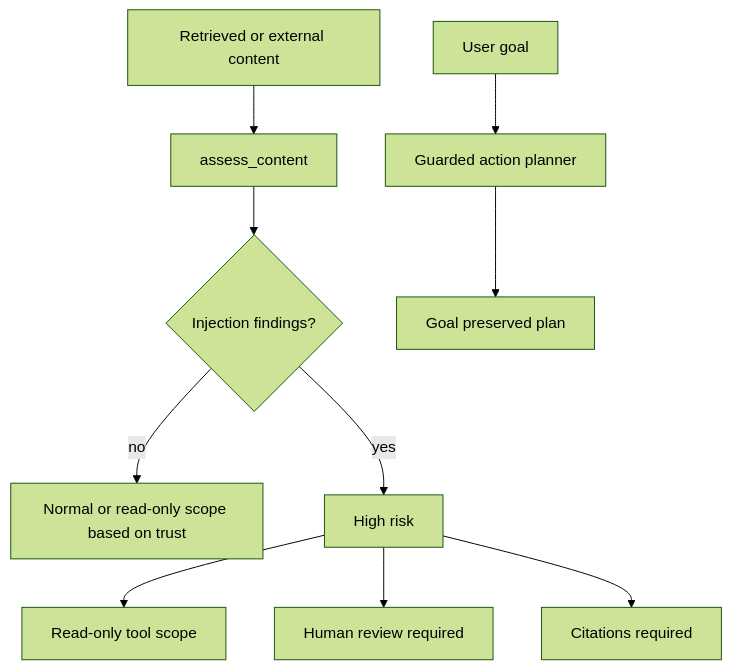
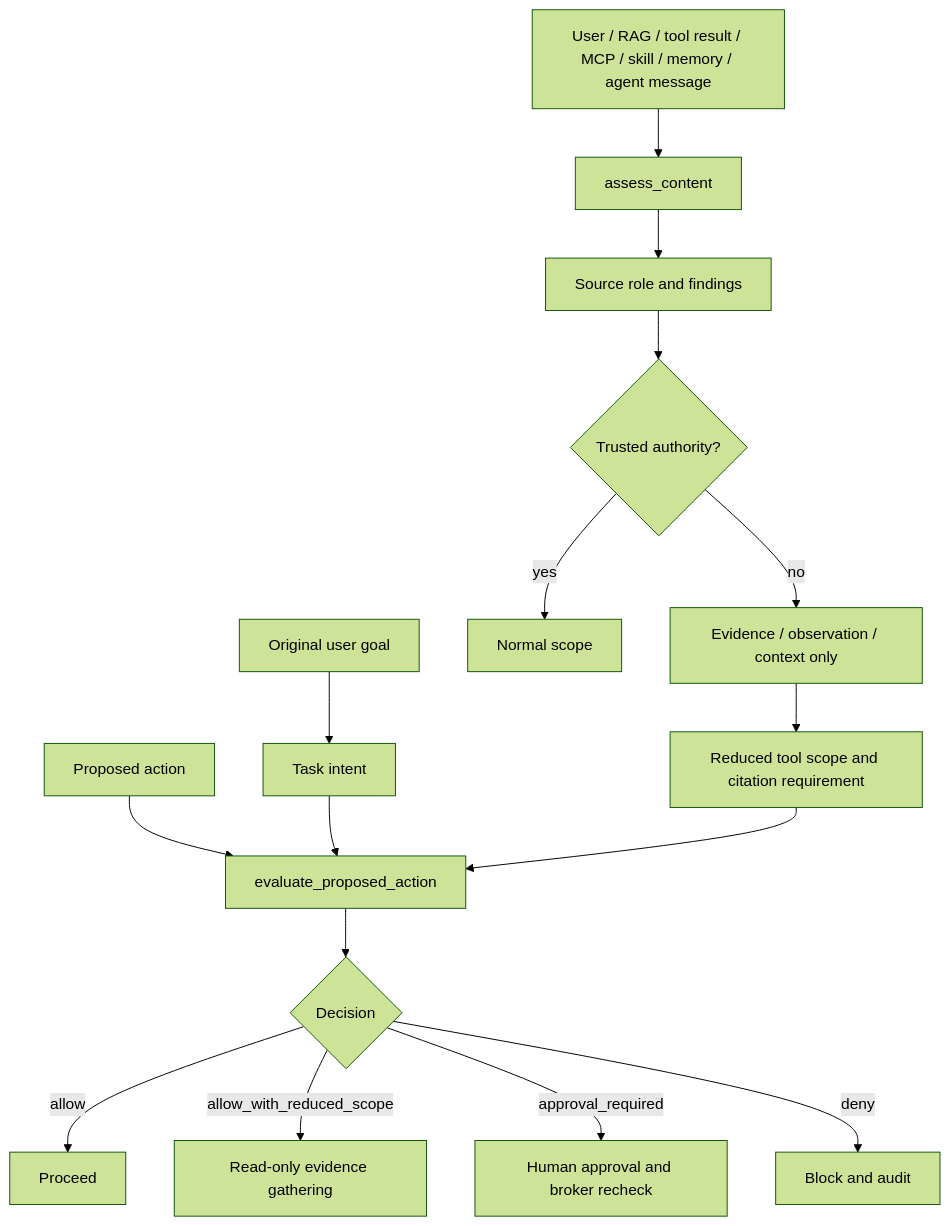
One commit to shashikanth-gs/agent-harness-cookbook changed the diagram in articles/06-prompt-injection-and-goal-hijack.mdx. Above: the diagram before and after it, drawn with Mermaid (forest theme). The commit also changed other lines of this file and 13 other files, not shown here.

Commit message:
Deepen injection containment and tool brokerage

````diff
--- a/articles/06-prompt-injection-and-goal-hijack.mdx
+++ b/articles/06-prompt-injection-and-goal-hijack.mdx
@@ -25,12 +26,18 @@
 ```mermaid
 flowchart TD
-  A[User goal] --> B[Guarded action planner]
-  C[Retrieved or external content] --> D[assess_content]
-  D --> E{Injection findings?}
-  E -->|no| F[Normal or read-only scope based on trust]
-  E -->|yes| G[High risk]
-  G --> H[Read-only tool scope]
-  G --> I[Human review required]
-  G --> J[Citations required]
-  B --> K[Goal preserved plan]
+  A[Original user goal] --> B[Task intent]
+  C[User / RAG / tool result / MCP / skill / memory / agent message] --> D[assess_content]
+  D --> E[Source role and findings]
+  E --> F{Trusted authority?}
+  F -->|yes| G[Normal scope]
+  F -->|no| H[Evidence / observation / context only]
+  H --> I[Reduced tool scope and citation requirement]
+  J[Proposed action] --> K[evaluate_proposed_action]
+  B --> K
+  I --> K
+  K --> L{Decision}
+  L -->|allow| M[Proceed]
+  L -->|allow_with_reduced_scope| N[Read-only evidence gathering]
+  L -->|approval_required| O[Human approval and broker recheck]
+  L -->|deny| P[Block and audit]
 ```
````
